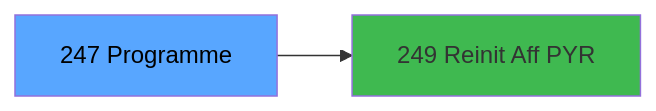
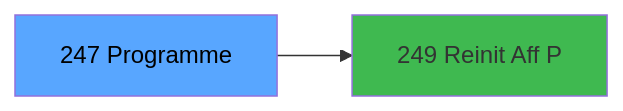
One commit to thonyAGP/magic-migration changed the third of 3 diagrams in .openspec/specs/ADH-IDE-247.md. Above: the diagram before and after it, drawn with Mermaid. The commit also changed other lines of this file and 323 other files, not shown here.

````diff
--- a/.openspec/specs/ADH-IDE-247.md
+++ b/.openspec/specs/ADH-IDE-247.md
@@ -165,8 +205,8 @@
 ```mermaid
 graph LR
     T[247 Programme]
-    C249[249 Reinit Aff PYR]
+    C249[249 Reinit Aff P]
     T --> C249
     style T fill:#58a6ff,color:#000
     style C249 fill:#3fb950
 ```
````
